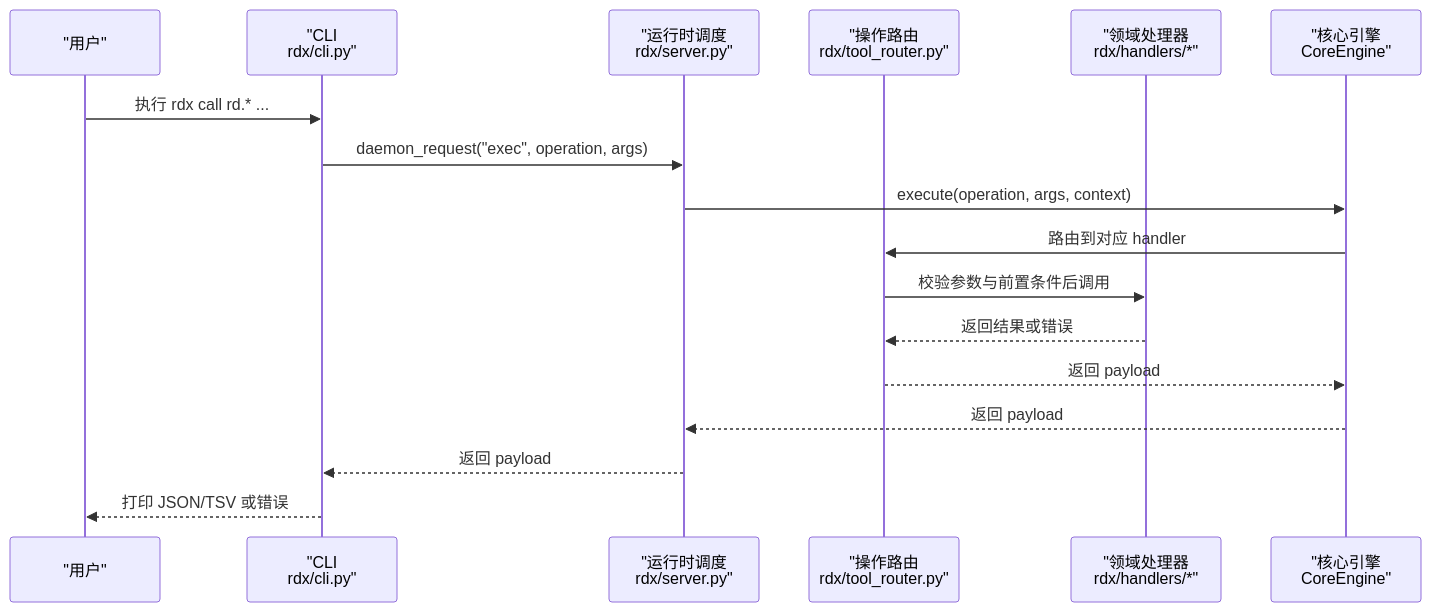
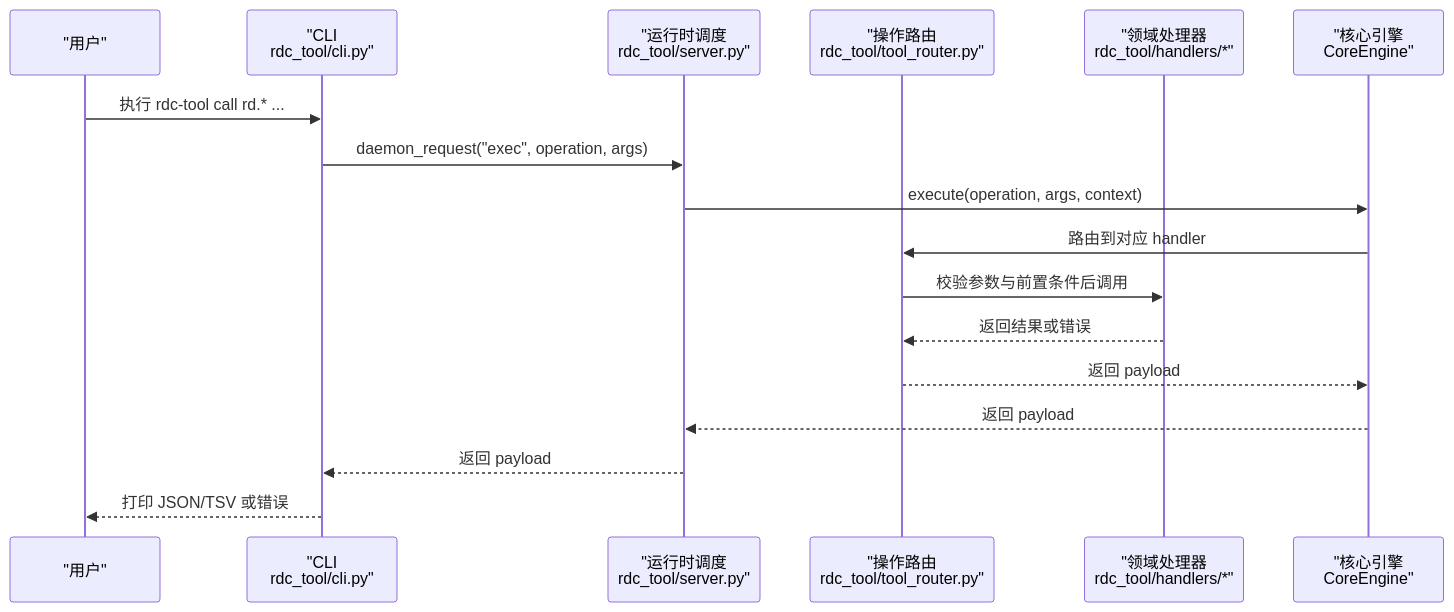
Before and after one commit to haolange/RDC-Tool: the second of 6 diagrams in .qoder/repowiki/zh/content/开发指南/代码规范和最佳实践.md, drawn with Mermaid. The commit also changed other lines of this file and 388 other files, not shown here.

First line of the commit message:
Release RDC-Tool identity and public maintenance surface

````diff
--- a/.qoder/repowiki/zh/content/开发指南/代码规范和最佳实践.md
+++ b/.qoder/repowiki/zh/content/开发指南/代码规范和最佳实践.md
@@ -93,19 +93,19 @@
 ```mermaid
 sequenceDiagram
 participant U as "用户"
-participant C as "CLI<br/>rdx/cli.py"
-participant S as "运行时调度<br/>rdx/server.py"
-participant R as "操作路由<br/>rdx/tool_router.py"
-participant H as "领域处理器<br/>rdx/handlers/*"
+participant C as "CLI<br/>rdc_tool/cli.py"
+participant S as "运行时调度<br/>rdc_tool/server.py"
+participant R as "操作路由<br/>rdc_tool/tool_router.py"
+participant H as "领域处理器<br/>rdc_tool/handlers/*"
 participant E as "核心引擎<br/>CoreEngine"
-U->>C : 执行 rdx call rd.* ...
+U->>C : 执行 rdc-tool call rd.* ...
 C->>S : daemon_request("exec", operation, args)
 S->>E : execute(operation, args, context)
 E->>R : 路由到对应 handler
 R->>H : 校验参数与前置条件后调用
 H-->>R : 返回结果或错误
 R-->>E : 返回 payload
 E-->>S : 返回 payload
 S-->>C : 返回 payload
 C-->>U : 打印 JSON/TSV 或错误
 ```
````
